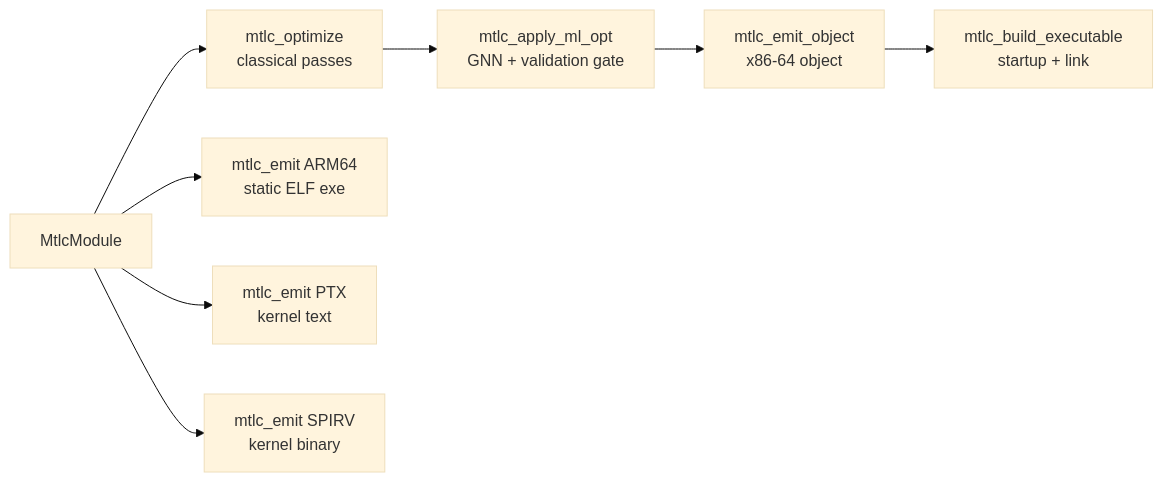
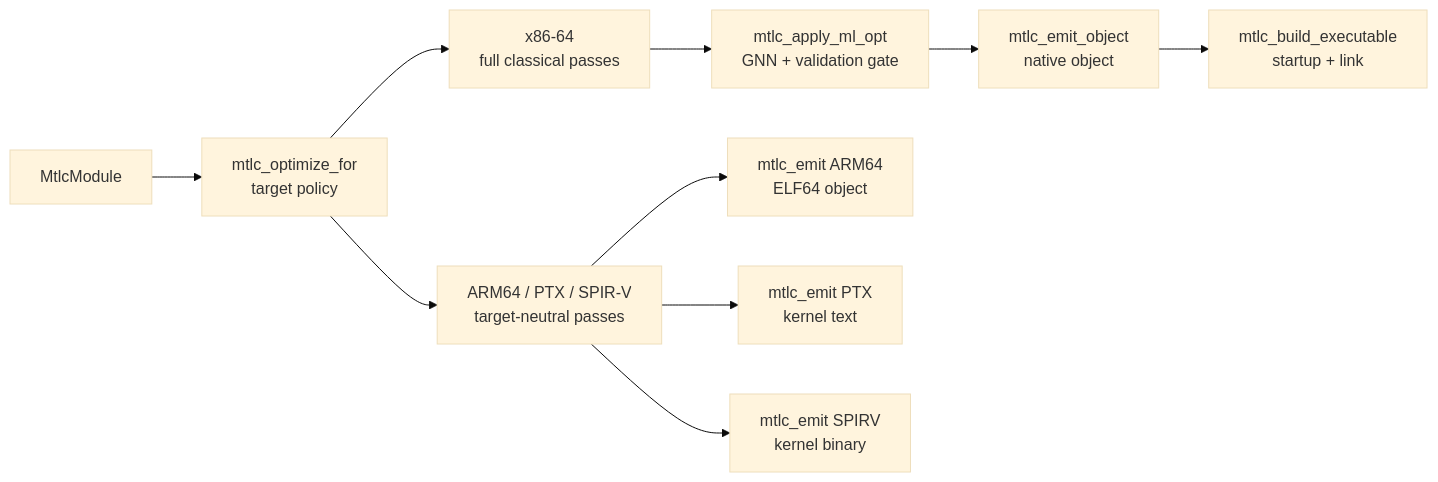
Before and after one commit to The-Mettle-Project/mettle-core: the diagram in docs/libmtlc/pipeline.md, drawn with Mermaid (base theme). The commit also changed other lines of this file and 200 other files, not shown here.

````diff
--- a/docs/libmtlc/pipeline.md
+++ b/docs/libmtlc/pipeline.md
@@ -7,10 +7,12 @@
 ```mermaid
 flowchart LR
-  module[MtlcModule] --> opt["mtlc_optimize<br/>classical passes"]
+  module[MtlcModule] --> policy["mtlc_optimize_for<br/>target policy"]
+  policy --> opt["x86-64<br/>full classical passes"]
+  policy --> portable["ARM64 / PTX / SPIR-V<br/>target-neutral passes"]
   opt --> ml["mtlc_apply_ml_opt<br/>GNN + validation gate"]
-  ml --> obj["mtlc_emit_object<br/>x86-64 object"]
+  ml --> obj["mtlc_emit_object<br/>native object"]
   obj --> link["mtlc_build_executable<br/>startup + link"]
-  module --> arm["mtlc_emit ARM64<br/>static ELF exe"]
-  module --> ptx["mtlc_emit PTX<br/>kernel text"]
-  module --> spv["mtlc_emit SPIRV<br/>kernel binary"]
+  portable --> arm["mtlc_emit ARM64<br/>ELF64 object"]
+  portable --> ptx["mtlc_emit PTX<br/>kernel text"]
+  portable --> spv["mtlc_emit SPIRV<br/>kernel binary"]
 ```
````
